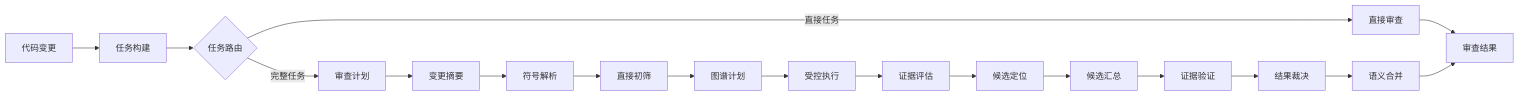
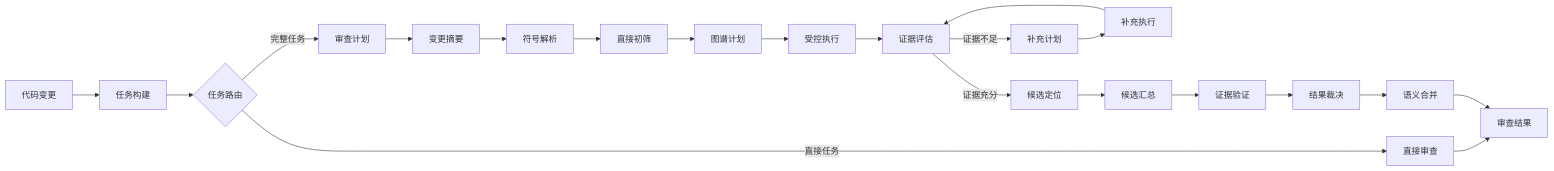
The second of 2 diagrams in README.md (baiyun689/Codeguard), drawn with Mermaid before and after one commit. The commit also changed other lines of this file and 7 other files, not shown here.

````diff
--- a/README.md
+++ b/README.md
@@ -57,22 +57,25 @@
 ```mermaid
 flowchart LR
     Diff[代码变更] --> Tasks[任务构建]
     Tasks --> Route{任务路由}
 
     Route -->|直接任务| Direct[直接审查]
     Route -->|完整任务| Plan[审查计划]
     Plan --> Summary[变更摘要]
     Summary --> Symbols[符号解析]
     Symbols --> Triage[直接初筛]
     Triage --> GraphPlan[图谱计划]
     GraphPlan --> Execute[受控执行]
     Execute --> Assess[证据评估]
-    Assess --> Locate[候选定位]
+    Assess -->|证据不足| Replan[补充计划]
+    Replan --> Delta[补充执行]
+    Delta --> Assess
+    Assess -->|证据充分| Locate[候选定位]
     Locate --> Collect[候选汇总]
     Collect --> Verify[证据验证]
     Verify --> Judge[结果裁决]
     Judge --> Merge[语义合并]
 
     Direct --> Result[审查结果]
     Merge --> Result
 ```
````
